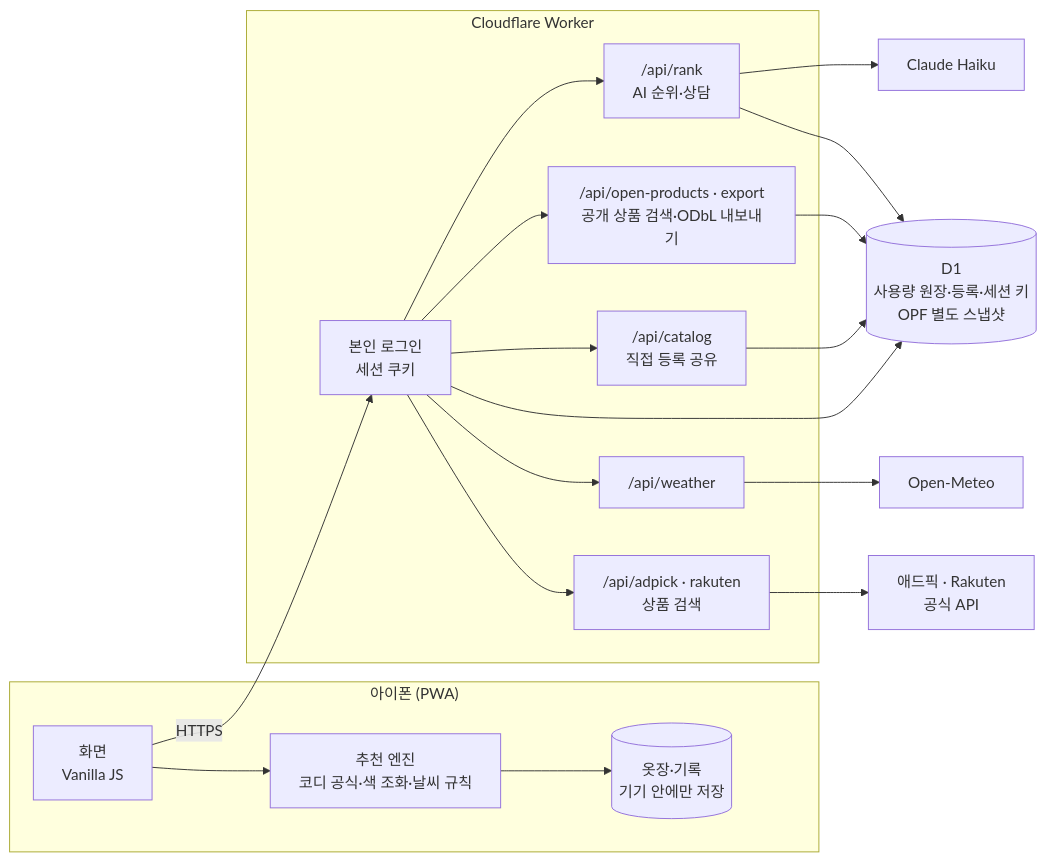
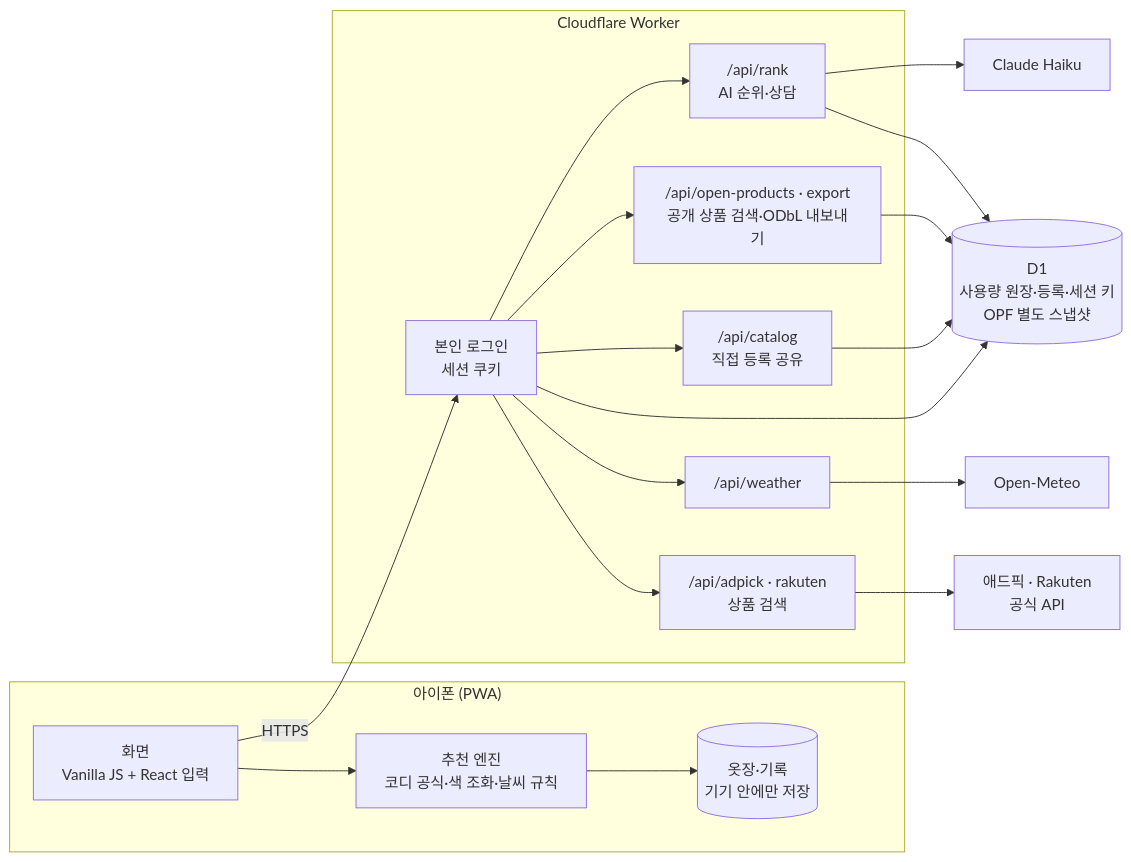
The diagram in README.md (daedaem/otjang), drawn with Mermaid before and after one commit. The commit also changed other lines of this file and 168 other files, not shown here.

````diff
--- a/README.md
+++ b/README.md
@@ -61,30 +61,30 @@
 ```mermaid
 flowchart LR
   subgraph Phone["아이폰 (PWA)"]
-    UI["화면<br/>Vanilla JS"]
+    UI["화면<br/>Vanilla JS + React 입력"]
     Core["추천 엔진<br/>코디 공식·색 조화·날씨 규칙"]
     Store[("옷장·기록<br/>기기 안에만 저장")]
     UI --> Core --> Store
   end
 
   subgraph Worker["Cloudflare Worker"]
     Auth["본인 로그인<br/>세션 쿠키"]
     Rank["/api/rank<br/>AI 순위·상담"]
     Weather["/api/weather"]
     Search["/api/adpick · rakuten<br/>상품 검색"]
     Open["/api/open-products · export<br/>공개 상품 검색·ODbL 내보내기"]
     Crowd["/api/catalog<br/>직접 등록 공유"]
   end
 
   D1[("D1<br/>사용량 원장·등록·세션 키<br/>OPF 별도 스냅샷")]
   Claude["Claude Haiku"]
   Meteo["Open-Meteo"]
   Shops["애드픽 · Rakuten<br/>공식 API"]
 
   UI -->|HTTPS| Auth
   Auth --> Rank & Weather & Search & Open & Crowd
   Rank --> Claude
   Rank & Open & Crowd & Auth --> D1
   Weather --> Meteo
   Search --> Shops
 ```
````
